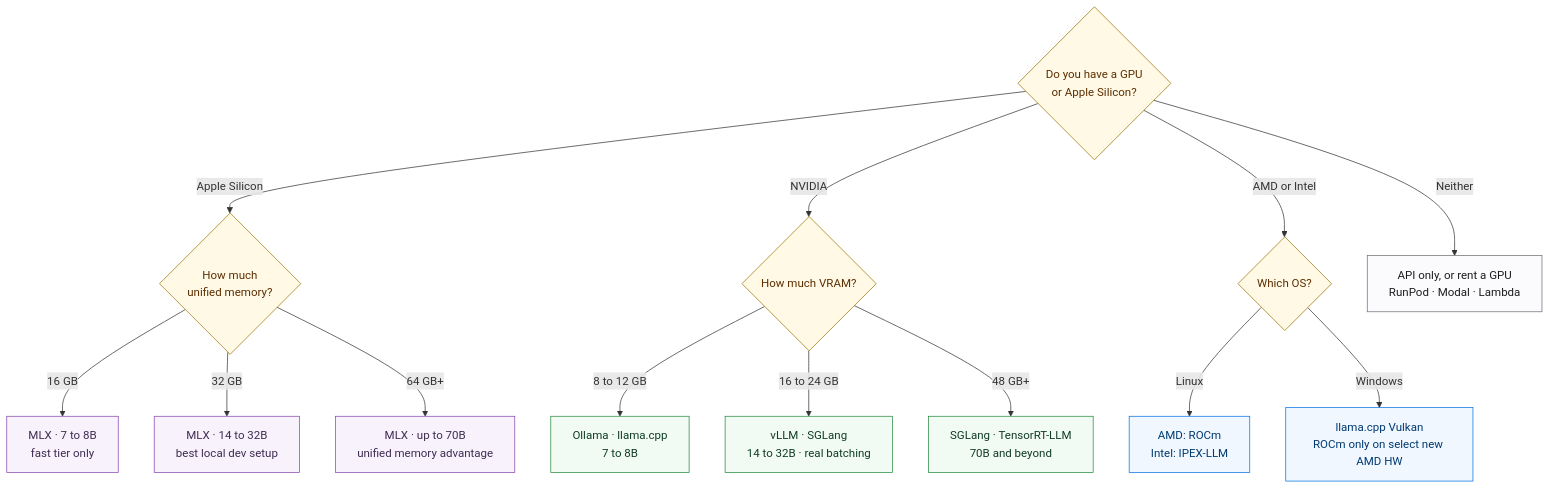
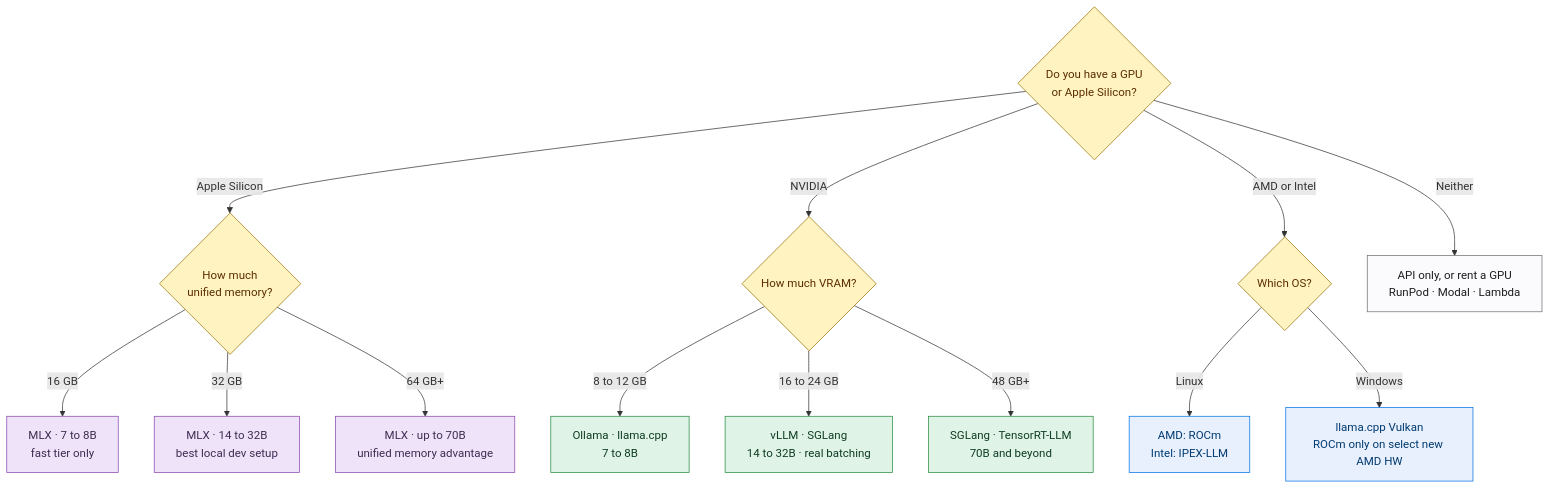
One commit to mlvpatel/open-weight-agent-stack changed the first of 18 diagrams in MANUAL.md. Above: the diagram before and after it, drawn with Mermaid. The commit also changed other lines of this file and 36 other files, not shown here.

First line of the commit message:
feat: render diagrams on Pages, richer palette

````diff
--- a/MANUAL.md
+++ b/MANUAL.md
@@ -74,31 +74,31 @@
 ```mermaid
 flowchart TB
     Q0{"Do you have a GPU<br/>or Apple Silicon?"}
     Q0 -->|"Apple Silicon"| MAC{"How much<br/>unified memory?"}
     Q0 -->|"NVIDIA"| NV{"How much VRAM?"}
     Q0 -->|"AMD or Intel"| OTHER{"Which OS?"}
     Q0 -->|"Neither"| NONE["API only, or rent a GPU<br/>RunPod · Modal · Lambda"]
 
     MAC -->|"16 GB"| M1["MLX · 7 to 8B<br/>fast tier only"]
     MAC -->|"32 GB"| M2["MLX · 14 to 32B<br/>best local dev setup"]
     MAC -->|"64 GB+"| M3["MLX · up to 70B<br/>unified memory advantage"]
 
     NV -->|"8 to 12 GB"| N1["Ollama · llama.cpp<br/>7 to 8B"]
     NV -->|"16 to 24 GB"| N2["vLLM · SGLang<br/>14 to 32B · real batching"]
     NV -->|"48 GB+"| N3["SGLang · TensorRT-LLM<br/>70B and beyond"]
 
     OTHER -->|"Linux"| O1["AMD: ROCm<br/>Intel: IPEX-LLM"]
     OTHER -->|"Windows"| O2["llama.cpp Vulkan<br/>ROCm only on select new AMD HW"]
 
-    classDef q fill:#fff9e6,stroke:#997404,color:#5c2e00
-    classDef mac fill:#f7f2fb,stroke:#8944ab,color:#3f2c52
-    classDef nv fill:#f2faf4,stroke:#248a3d,color:#0f3d23
-    classDef other fill:#f0f7ff,stroke:#0071e3,color:#003a70
+    classDef q fill:#fff3c2,stroke:#997404,color:#5c2e00
+    classDef mac fill:#efe3f9,stroke:#8944ab,color:#3f2c52
+    classDef nv fill:#dff3e6,stroke:#248a3d,color:#0f3d23
+    classDef other fill:#e8f0fe,stroke:#0071e3,color:#003a70
     classDef none fill:#fbfbfd,stroke:#6e6e73,color:#1d1d1f
 
     class Q0,MAC,NV,OTHER q
     class M1,M2,M3 mac
     class N1,N2,N3 nv
     class O1,O2 other
     class NONE none
 ```
````
